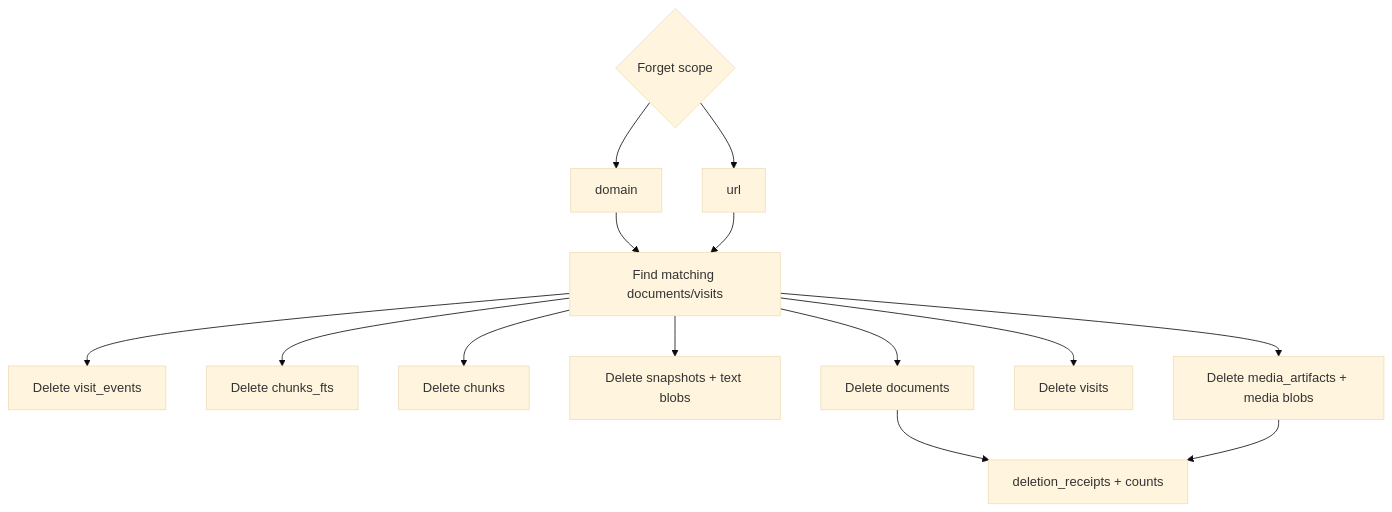
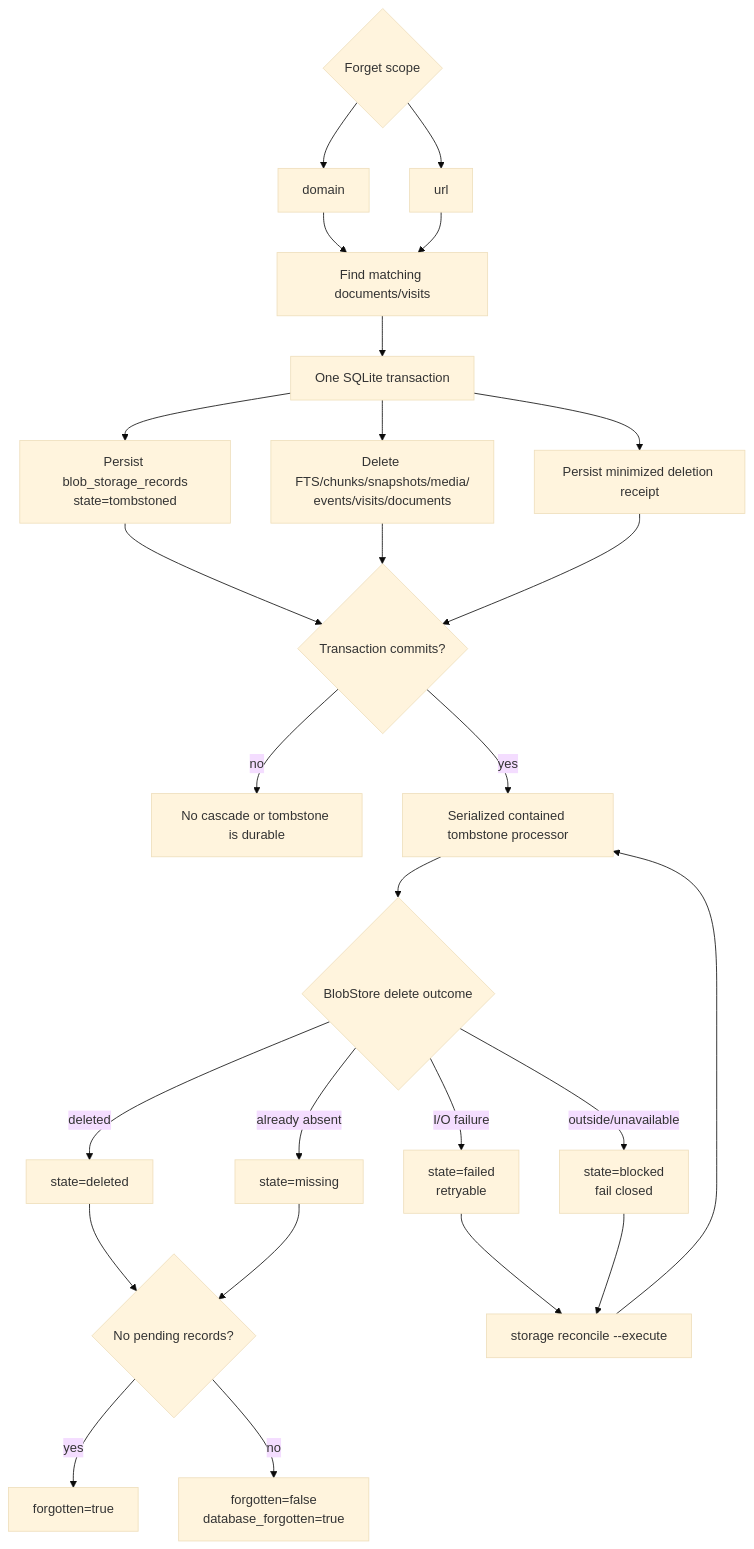
Before and after one commit to michaelnicks0/browser-memory-daemon: the eighth of 8 diagrams in docs/DIAGRAMS.md, drawn with Mermaid (base theme). The commit also changed other lines of this file and 201 other files, not shown here.

Commit message:
feat(storage): add tombstoned deletion and recovery

````diff
--- a/docs/DIAGRAMS.md
+++ b/docs/DIAGRAMS.md
@@ -197,17 +197,29 @@
 ```mermaid
 flowchart TD
   Scope{"Forget scope"}
   Scope --> Domain["domain"]
   Scope --> URL["url"]
   Domain --> Match["Find matching documents/visits"]
   URL --> Match
-  Match --> DeleteEvents["Delete visit_events"]
-  Match --> DeleteFTS["Delete chunks_fts"]
-  Match --> DeleteChunks["Delete chunks"]
-  Match --> DeleteSnapshots["Delete snapshots + text blobs"]
-  Match --> DeleteMedia["Delete media_artifacts + media blobs"]
-  Match --> DeleteVisits["Delete visits"]
-  Match --> DeleteDocs["Delete documents"]
-  DeleteDocs --> Receipt["deletion_receipts + counts"]
-  DeleteMedia --> Receipt
+  Match --> Tx["One SQLite transaction"]
+  Tx --> Tombstones["Persist blob_storage_records<br/>state=tombstoned"]
+  Tx --> DeleteRows["Delete FTS/chunks/snapshots/media/<br/>events/visits/documents"]
+  Tx --> Receipt["Persist minimized deletion receipt"]
+  Tombstones --> Commit{"Transaction commits?"}
+  DeleteRows --> Commit
+  Receipt --> Commit
+  Commit -->|no| Rollback["No cascade or tombstone is durable"]
+  Commit -->|yes| Processor["Serialized contained tombstone processor"]
+  Processor --> Outcome{"BlobStore delete outcome"}
+  Outcome -->|deleted| Deleted["state=deleted"]
+  Outcome -->|already absent| Missing["state=missing"]
+  Outcome -->|I/O failure| Failed["state=failed<br/>retryable"]
+  Outcome -->|outside/unavailable| Blocked["state=blocked<br/>fail closed"]
+  Failed --> Reconcile["storage reconcile --execute"]
+  Blocked --> Reconcile
+  Reconcile --> Processor
+  Deleted --> Complete{"No pending records?"}
+  Missing --> Complete
+  Complete -->|yes| Success["forgotten=true"]
+  Complete -->|no| Pending["forgotten=false<br/>database_forgotten=true"]
 ```
````
